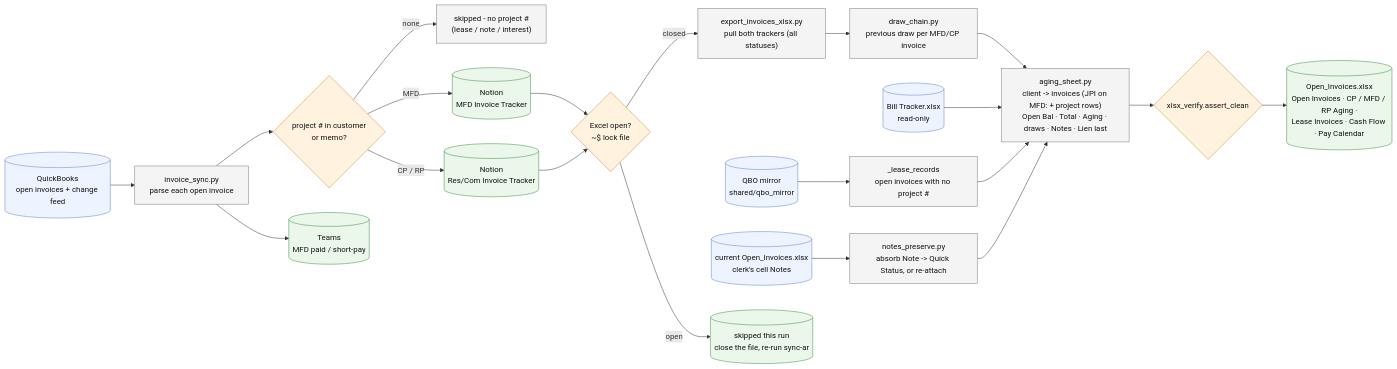
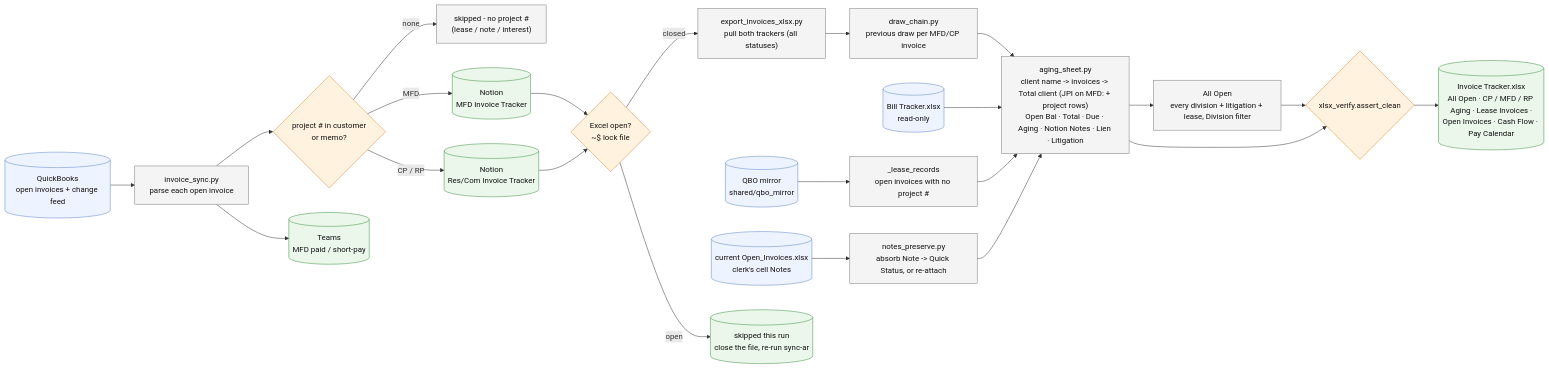
The diagram in invoice-sync/FLOW.md (Ecarlo-Proficient/Claude-Report), drawn with Mermaid before and after one commit. The commit also changed other lines of this file and 8 other files, not shown here.

````diff
--- a/invoice-sync/FLOW.md
+++ b/invoice-sync/FLOW.md
@@ -10,45 +9,47 @@
 ```mermaid
 flowchart LR
     classDef src fill:#eef4ff,stroke:#5b7fc7,color:#111
     classDef tool fill:#f4f4f4,stroke:#777,color:#111
     classDef gate fill:#fff3e0,stroke:#d9822b,color:#111
     classDef out fill:#eaf7ea,stroke:#3c8d40,color:#111
 
     QBO[("QuickBooks<br/>open invoices + change feed")]:::src
     MIR[("QBO mirror<br/>shared/qbo_mirror")]:::src
     BTX[("Bill Tracker.xlsx<br/>read-only")]:::src
     OLD[("current Open_Invoices.xlsx<br/>clerk's cell Notes")]:::src
 
     SYNC["invoice_sync.py<br/>parse each open invoice"]:::tool
     ROUTE{"project # in customer<br/>or memo?"}:::gate
     SKIP["skipped - no project #<br/>(lease / note / interest)"]:::tool
     LOCK{"Excel open?<br/>~$ lock file"}:::gate
     EXP["export_invoices_xlsx.py<br/>pull both trackers (all statuses)"]:::tool
     CHAIN["draw_chain.py<br/>previous draw per MFD/CP invoice"]:::tool
-    AGE["aging_sheet.py<br/>client -> invoices (JPI on MFD: + project rows)<br/>Open Bal · Total · Aging · draws · Notes · Lien last"]:::tool
+    AGE["aging_sheet.py<br/>client name -> invoices -> Total client (JPI on MFD: + project rows)<br/>Open Bal · Total · Due · Aging · Notion Notes · Lien · Litigation"]:::tool
+    ALL["All Open<br/>every division + litigation + lease, Division filter"]:::tool
     LEASE["_lease_records<br/>open invoices with no project #"]:::tool
     NOTES["notes_preserve.py<br/>absorb Note -> Quick Status, or re-attach"]:::tool
     VER{"xlsx_verify.assert_clean"}:::gate
 
     MFD[("Notion<br/>MFD Invoice Tracker")]:::out
     RES[("Notion<br/>Res/Com Invoice Tracker")]:::out
     TEAMS[("Teams<br/>MFD paid / short-pay")]:::out
-    OD[("Open_Invoices.xlsx<br/>Open Invoices · CP / MFD / RP Aging ·<br/>Lease Invoices · Cash Flow · Pay Calendar")]:::out
+    OD[("Invoice Tracker.xlsx<br/>All Open · CP / MFD / RP Aging · Lease Invoices ·<br/>Open Invoices · Cash Flow · Pay Calendar")]:::out
     HOLD[("skipped this run<br/>close the file, re-run sync-ar")]:::out
 
     QBO --> SYNC --> ROUTE
     ROUTE -- "MFD" --> MFD
     ROUTE -- "CP / RP" --> RES
     ROUTE -- "none" --> SKIP
     SYNC --> TEAMS
     MFD --> LOCK
     RES --> LOCK
     LOCK -- "open" --> HOLD
     LOCK -- "closed" --> EXP
     OLD --> NOTES
     EXP --> CHAIN --> AGE
     BTX --> AGE
     MIR --> LEASE --> AGE
     NOTES --> AGE
-    AGE --> VER --> OD
+    AGE --> ALL --> VER --> OD
+    AGE --> VER
 ```
````
